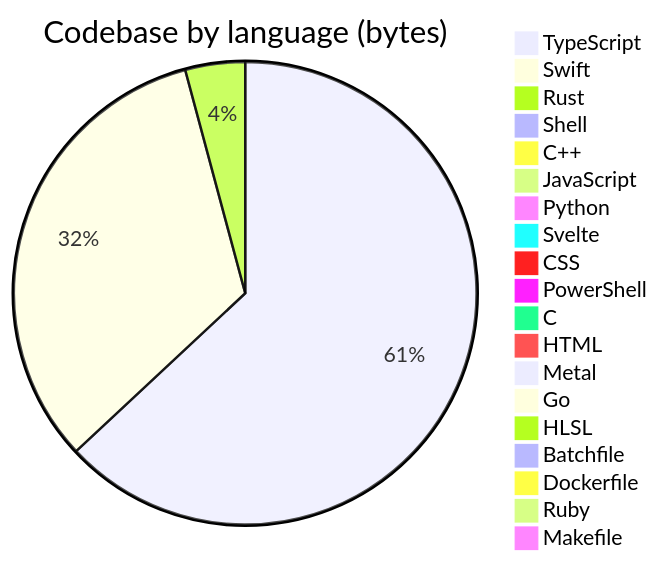
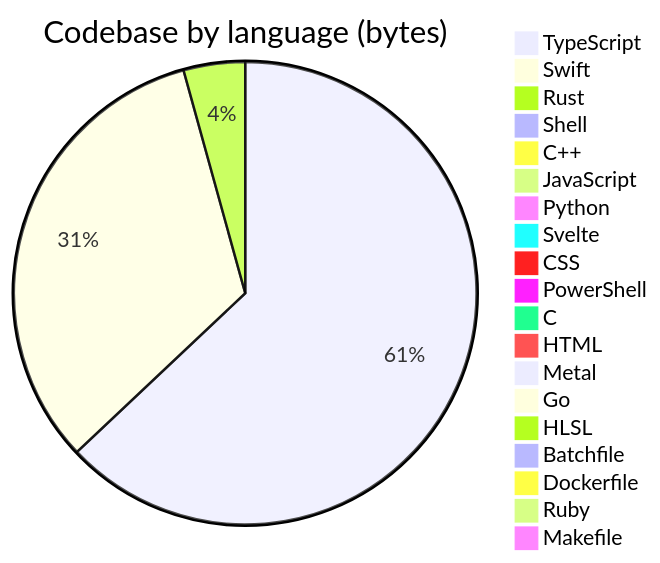
The diagram in profile/README.md (Open330/.github), drawn with Mermaid before and after one commit. The commit also changed other lines of this file, not shown here.

````diff
--- a/profile/README.md
+++ b/profile/README.md
@@ -131,22 +130,22 @@
 ```mermaid
 pie title Codebase by language (bytes)
     "TypeScript" : 34474664
     "Swift" : 17922868
-    "Rust" : 2286163
+    "Rust" : 2353159
     "Shell" : 480571
     "C++" : 388775
     "JavaScript" : 367282
     "Python" : 300772
     "Svelte" : 143451
     "CSS" : 142831
     "PowerShell" : 128198
     "C" : 114143
     "HTML" : 49825
     "Metal" : 33033
     "Go" : 22811
     "HLSL" : 7527
     "Batchfile" : 5870
     "Dockerfile" : 4893
     "Ruby" : 1554
     "Makefile" : 1150
 ```
````
